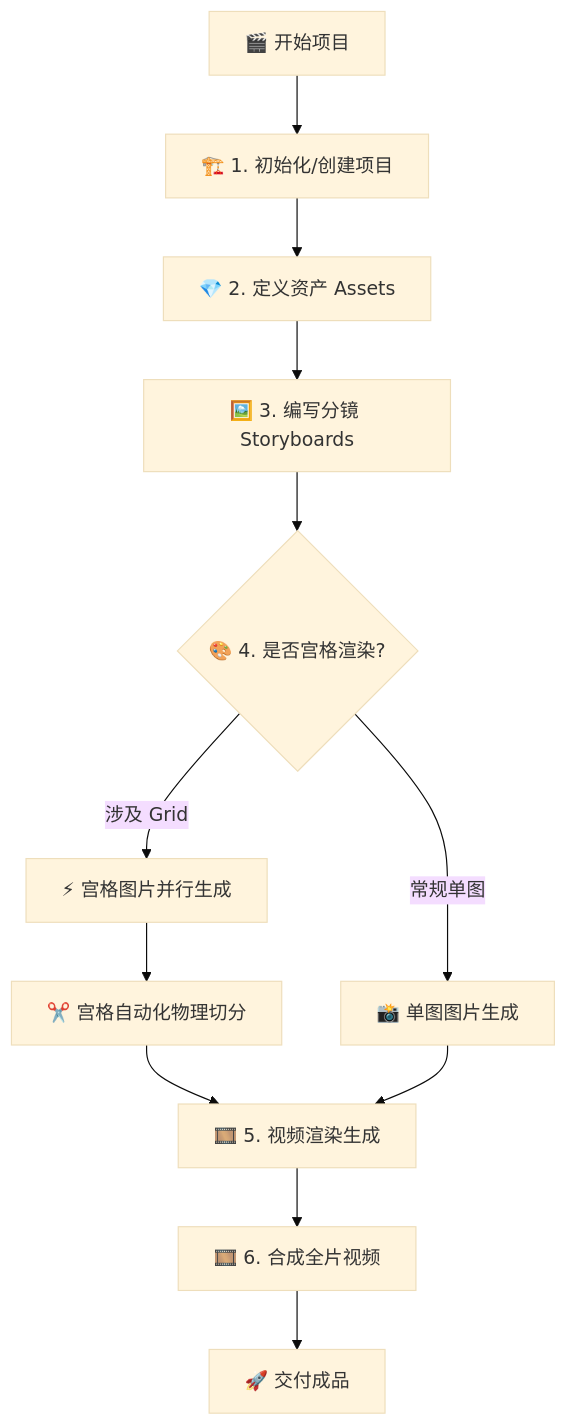
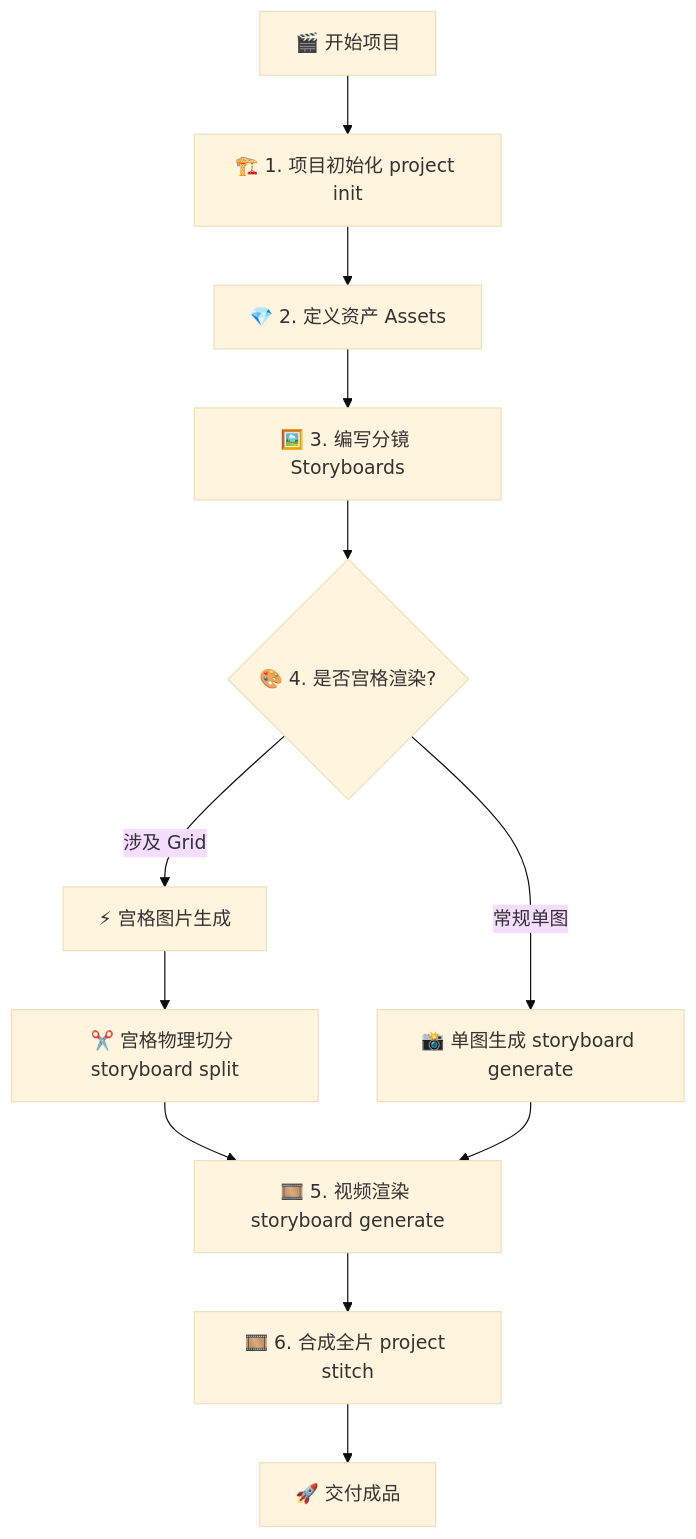
Before and after one commit to MangouArt/mangou: the diagram in skill-src/mangou/SKILL.md, drawn with Mermaid (base theme). The commit also changed other lines of this file and 56 other files, not shown here.

````diff
--- a/skill-src/mangou/SKILL.md
+++ b/skill-src/mangou/SKILL.md
@@ -26,14 +25,14 @@
 ```mermaid
 graph TD
-    Start[🎬 开始项目] --> Init[🏗️ 1. 初始化/创建项目]
+    Start[🎬 开始项目] --> Init[🏗️ 1. 项目初始化 project init]
     Init --> Assets[💎 2. 定义资产 Assets]
     Assets --> Storyboard[🖼️ 3. 编写分镜 Storyboards]
     Storyboard --> Grid{🎨 4. 是否宫格渲染?}
-    Grid -- 涉及 Grid --> GridGen[⚡ 宫格图片并行生成]
-    GridGen --> Split[✂️ 宫格自动化物理切分]
-    Split --> Video[🎞️ 5. 视频渲染生成]
-    Grid -- 常规单图 --> Gen[📸 单图图片生成]
+    Grid -- 涉及 Grid --> GridGen[⚡ 宫格图片生成]
+    GridGen --> Split[✂️ 宫格物理切分 storyboard split]
+    Split --> Video[🎞️ 5. 视频渲染 storyboard generate]
+    Grid -- 常规单图 --> Gen[📸 单图生成 storyboard generate]
     Gen --> Video
-    Video --> Stitch[🎞️ 6. 合成全片视频]
+    Video --> Stitch[🎞️ 6. 合成全片 project stitch]
     Stitch --> End[🚀 交付成品]
 ```
````
